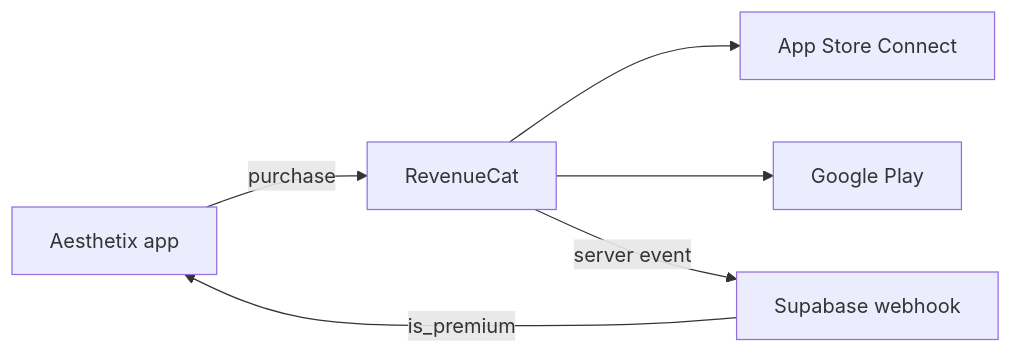
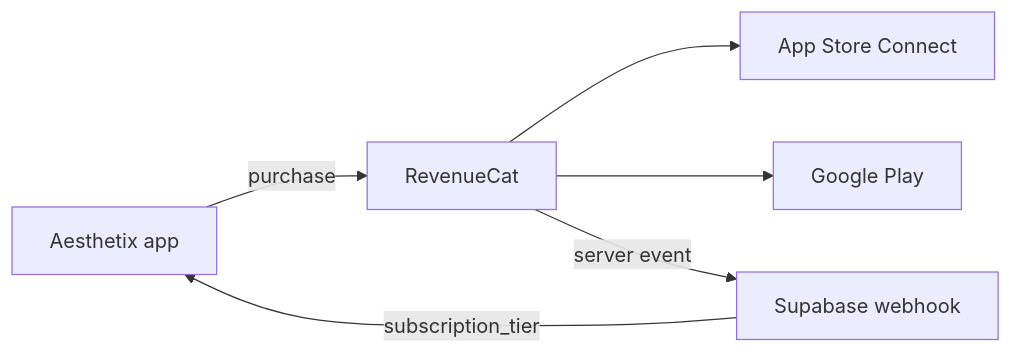
Before and after one commit to Gniewkoss/Aesthetix: the diagram in docs/STORE_SUBSCRIPTIONS.md, drawn with Mermaid. The commit also changed other lines of this file and 45 other files, not shown here.

First line of the commit message:
feat: update subscription plans and enhance user experience with new premium tiers

````diff
--- a/docs/STORE_SUBSCRIPTIONS.md
+++ b/docs/STORE_SUBSCRIPTIONS.md
@@ -7,14 +7,14 @@
 ```mermaid
 flowchart LR
   App["Aesthetix app"]
   RC["RevenueCat"]
   ASC["App Store Connect"]
   Play["Google Play"]
   SB["Supabase webhook"]
 
   App -->|purchase| RC
   RC --> ASC
   RC --> Play
   RC -->|server event| SB
-  SB -->|is_premium| App
+  SB -->|subscription_tier| App
 ```
````
